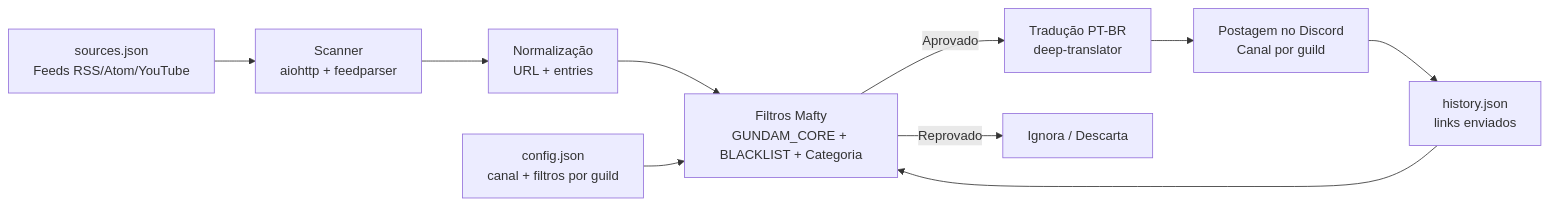
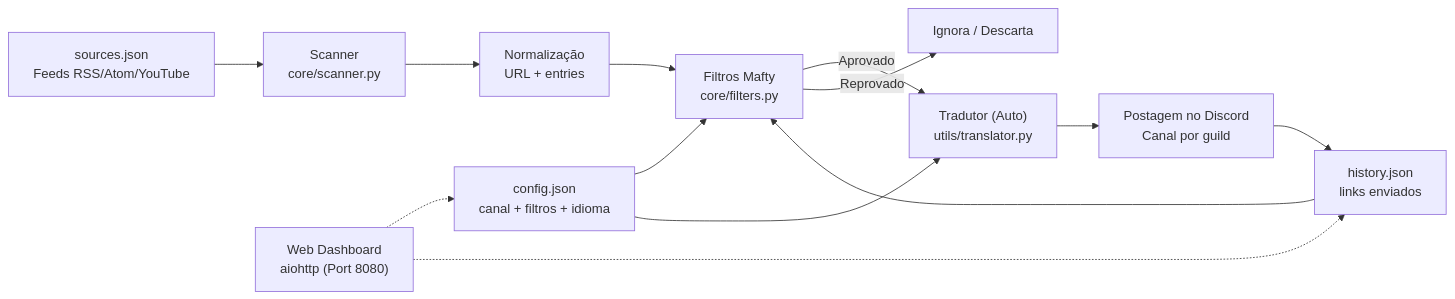
One commit to carmipa/gundam-news-discord changed the first of 4 diagrams in README.md. Above: the diagram before and after it, drawn with Mermaid. The commit also changed other lines of this file and 29 other files, not shown here.

Commit message:
feat: complete modularization refactor (v2.1) with web dashboard and multi-lang

````diff
--- a/README.md
+++ b/README.md
@@ -61,13 +62,17 @@
 ```mermaid
 flowchart LR
-  A["sources.json<br>Feeds RSS/Atom/YouTube"] --> B["Scanner<br>aiohttp + feedparser"]
+  A["sources.json<br>Feeds RSS/Atom/YouTube"] --> B["Scanner<br>core/scanner.py"]
   B --> C["Normalização<br>URL + entries"]
-  C --> D["Filtros Mafty<br>GUNDAM_CORE + BLACKLIST + Categoria"]
-  D -->|Aprovado| E["Tradução PT-BR<br>deep-translator"]
+  C --> D["Filtros Mafty<br>core/filters.py"]
+  D -->|Aprovado| E["Tradutor (Auto)<br>utils/translator.py"]
   E --> F["Postagem no Discord<br>Canal por guild"]
   D -->|Reprovado| G["Ignora / Descarta"]
 
-  H["config.json<br>canal + filtros por guild"] --> D
+  H["config.json<br>canal + filtros + idioma"] --> D
+  H --> E
   I["history.json<br>links enviados"] --> D
   F --> I
+
+  W["Web Dashboard<br>aiohttp (Port 8080)"] .-> H
+  W .-> I
 ```
````
